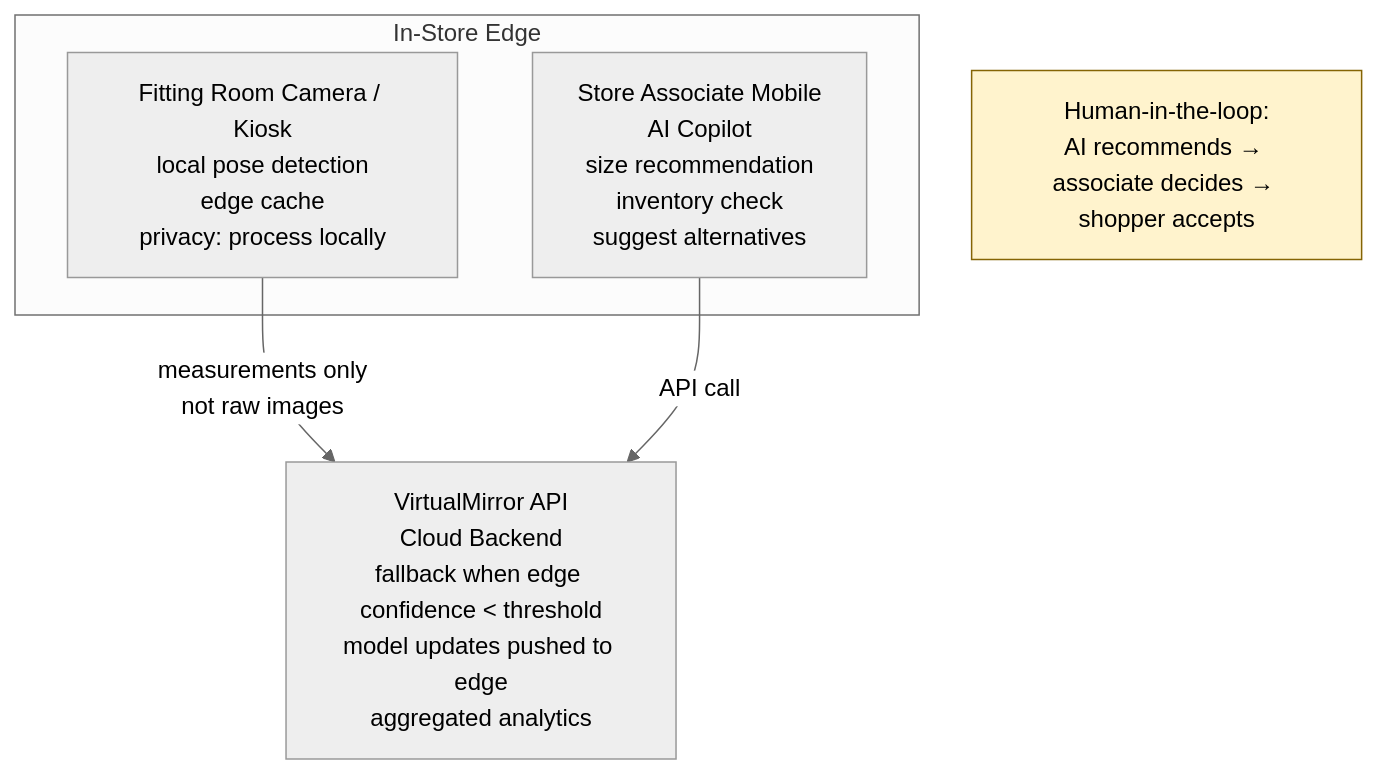
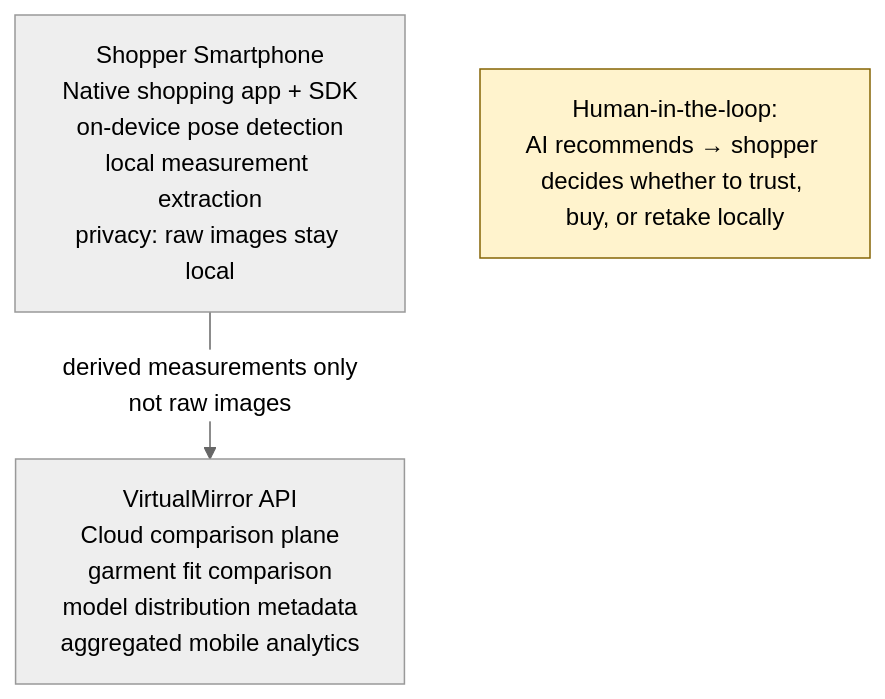
The tenth of 12 diagrams in docs/architecture/diagrams-mermaid.md (akhayash/RetailTeam-workshop), drawn with Mermaid (neutral theme) before and after one commit. The commit also changed 6 other files, not shown here.

First line of the commit message:
docs: rework Concept B from in-store to home-based on-device AI

````diff
--- a/docs/architecture/diagrams-mermaid.md
+++ b/docs/architecture/diagrams-mermaid.md
@@ -427,16 +427,12 @@
 ```mermaid
 graph TB
-    subgraph In-Store Edge
-        Kiosk[Fitting Room Camera / Kiosk<br/>local pose detection<br/>edge cache<br/>privacy: process locally]
-        Associate[Store Associate Mobile<br/>AI Copilot<br/>size recommendation<br/>inventory check<br/>suggest alternatives]
-    end
+    Phone[Shopper Smartphone<br/>Native shopping app + SDK<br/>on-device pose detection<br/>local measurement extraction<br/>privacy: raw images stay local]
 
-    API[VirtualMirror API<br/>Cloud Backend<br/>fallback when edge confidence < threshold<br/>model updates pushed to edge<br/>aggregated analytics]
+    API[VirtualMirror API<br/>Cloud comparison plane<br/>garment fit comparison<br/>model distribution metadata<br/>aggregated mobile analytics]
 
-    Kiosk -->|measurements only<br/>not raw images| API
-    Associate -->|API call| API
+    Phone -->|derived measurements only<br/>not raw images| API
 
-    Note[Human-in-the-loop:<br/>AI recommends → associate decides → shopper accepts]
+    Note[Human-in-the-loop:<br/>AI recommends → shopper decides whether to trust, buy, or retake locally]
 
     style Note fill:#fff3cd,stroke:#856404
 ```
````
